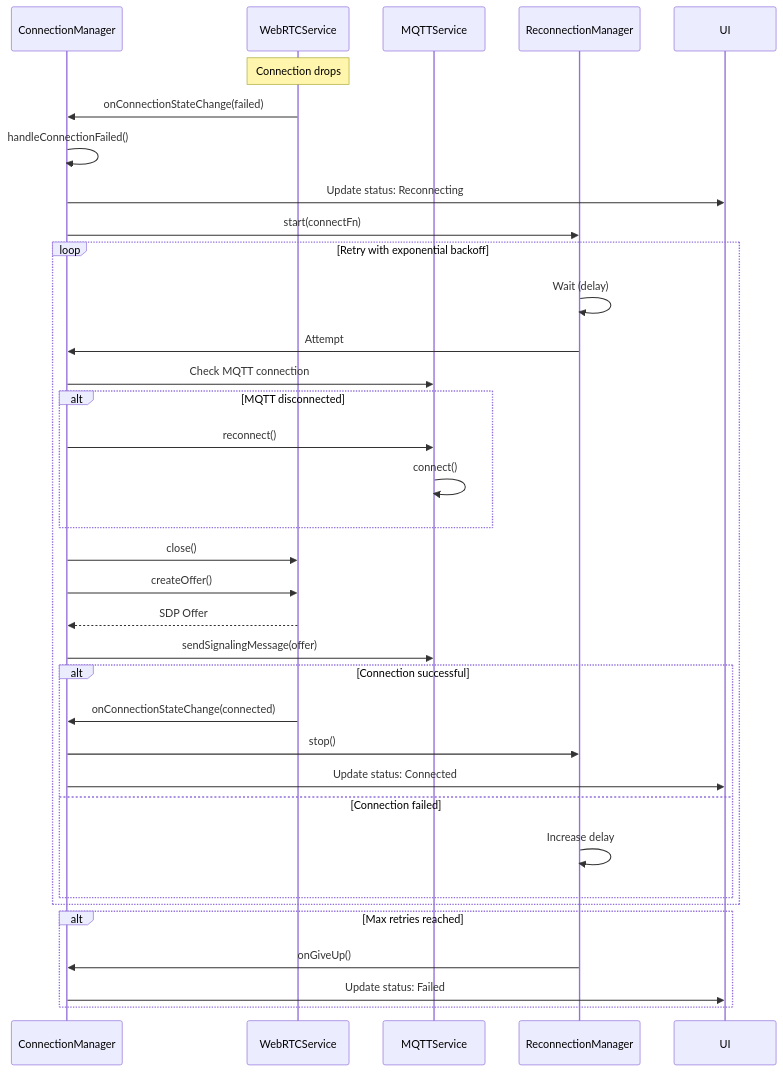
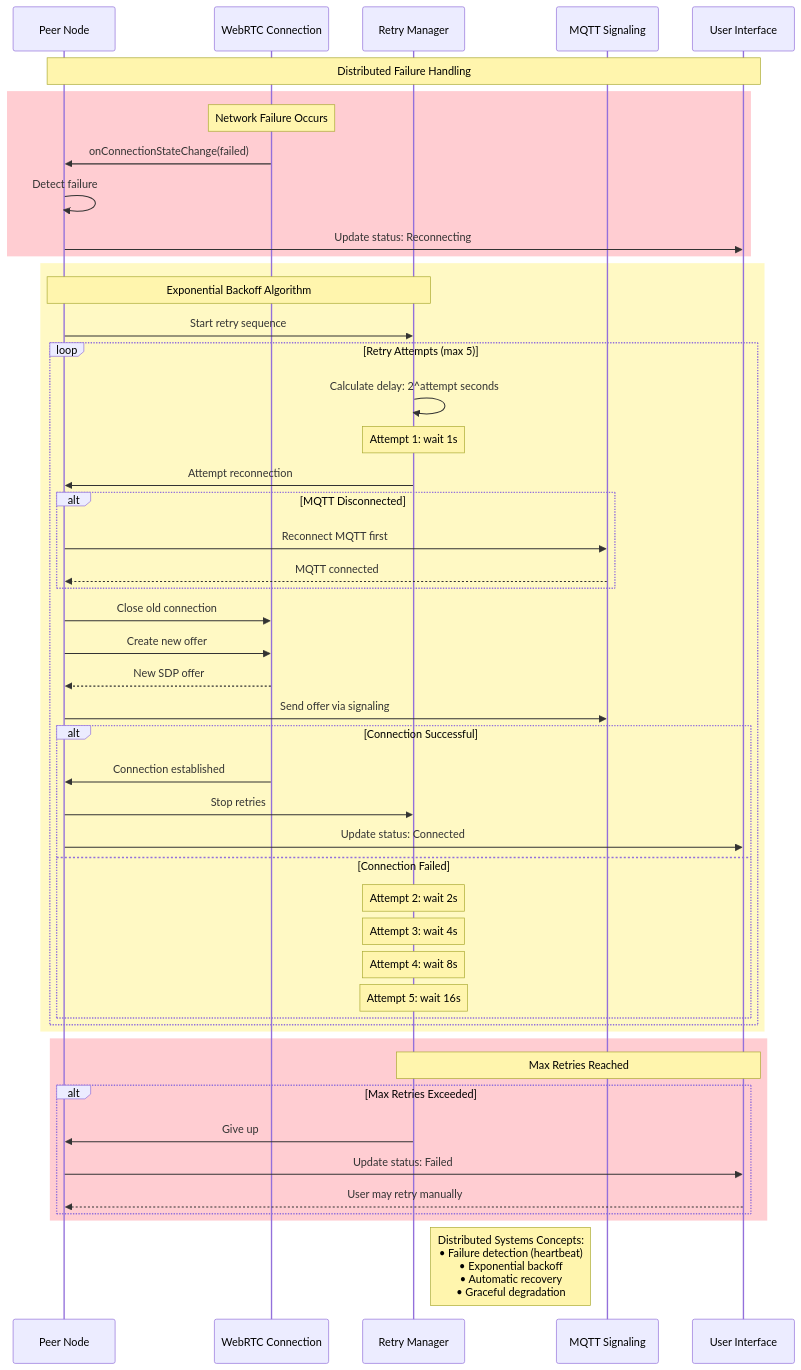
Before and after one commit to amr-kasem/distributed-systems-react-chat-peer: the fifth of 8 diagrams in docs/sequence-diagrams.md, drawn with Mermaid. The commit also changed other lines of this file and 7 other files, not shown here.

````diff
--- a/docs/sequence-diagrams.md
+++ b/docs/sequence-diagrams.md
@@ -162,44 +241,60 @@
 ```mermaid
 sequenceDiagram
-    participant ConnMgr as ConnectionManager
-    participant WebRTC as WebRTCService
-    participant MQTT as MQTTService
-    participant ReconnMgr as ReconnectionManager
-    participant UI
+    participant Node as Peer Node
+    participant WebRTC as WebRTC Connection
+    participant Retry as Retry Manager
+    participant MQTT as MQTT Signaling
+    participant UI as User Interface
     
-    Note over WebRTC: Connection drops
+    Note over Node,UI: Distributed Failure Handling
     
-    WebRTC->>ConnMgr: onConnectionStateChange(failed)
-    ConnMgr->>ConnMgr: handleConnectionFailed()
-    ConnMgr->>UI: Update status: Reconnecting
-    ConnMgr->>ReconnMgr: start(connectFn)
+    rect rgb(255, 205, 210)
+        Note over WebRTC: Network Failure Occurs
+        WebRTC->>Node: onConnectionStateChange(failed)
+        Node->>Node: Detect failure
+        Node->>UI: Update status: Reconnecting
+    end
     
-    loop Retry with exponential backoff
-        ReconnMgr->>ReconnMgr: Wait (delay)
-        ReconnMgr->>ConnMgr: Attempt #{attempt}
-        ConnMgr->>MQTT: Check MQTT connection
+    rect rgb(255, 249, 196)
+        Note over Node,Retry: Exponential Backoff Algorithm
+        Node->>Retry: Start retry sequence
         
-        alt MQTT disconnected
-            ConnMgr->>MQTT: reconnect()
-            MQTT->>MQTT: connect()
-        end
-        
-        ConnMgr->>WebRTC: close()
-        ConnMgr->>WebRTC: createOffer()
-        WebRTC-->>ConnMgr: SDP Offer
-        ConnMgr->>MQTT: sendSignalingMessage(offer)
-        
-        alt Connection successful
-            WebRTC->>ConnMgr: onConnectionStateChange(connected)
-            ConnMgr->>ReconnMgr: stop()
-            ConnMgr->>UI: Update status: Connected
-        else Connection failed
-            ReconnMgr->>ReconnMgr: Increase delay
+        loop Retry Attempts (max 5)
+            Retry->>Retry: Calculate delay: 2^attempt seconds
+            Note over Retry: Attempt 1: wait 1s
+            Retry->>Node: Attempt reconnection
+            
+            alt MQTT Disconnected
+                Node->>MQTT: Reconnect MQTT first
+                MQTT-->>Node: MQTT connected
+            end
+            
+            Node->>WebRTC: Close old connection
+            Node->>WebRTC: Create new offer
+            WebRTC-->>Node: New SDP offer
+            Node->>MQTT: Send offer via signaling
+            
+            alt Connection Successful
+                WebRTC->>Node: Connection established
+                Node->>Retry: Stop retries
+                Node->>UI: Update status: Connected
+            else Connection Failed
+                Note over Retry: Attempt 2: wait 2s
+                Note over Retry: Attempt 3: wait 4s
+                Note over Retry: Attempt 4: wait 8s
+                Note over Retry: Attempt 5: wait 16s
+            end
         end
     end
     
-    alt Max retries reached
-        ReconnMgr->>ConnMgr: onGiveUp()
-        ConnMgr->>UI: Update status: Failed
+    rect rgb(255, 205, 210)
+        Note over Retry,UI: Max Retries Reached
+        alt Max Retries Exceeded
+            Retry->>Node: Give up
+            Node->>UI: Update status: Failed
+            UI-->>Node: User may retry manually
+        end
     end
+    
+    Note right of Retry: Distributed Systems Concepts:<br/>• Failure detection (heartbeat)<br/>• Exponential backoff<br/>• Automatic recovery<br/>• Graceful degradation
 ```
````
